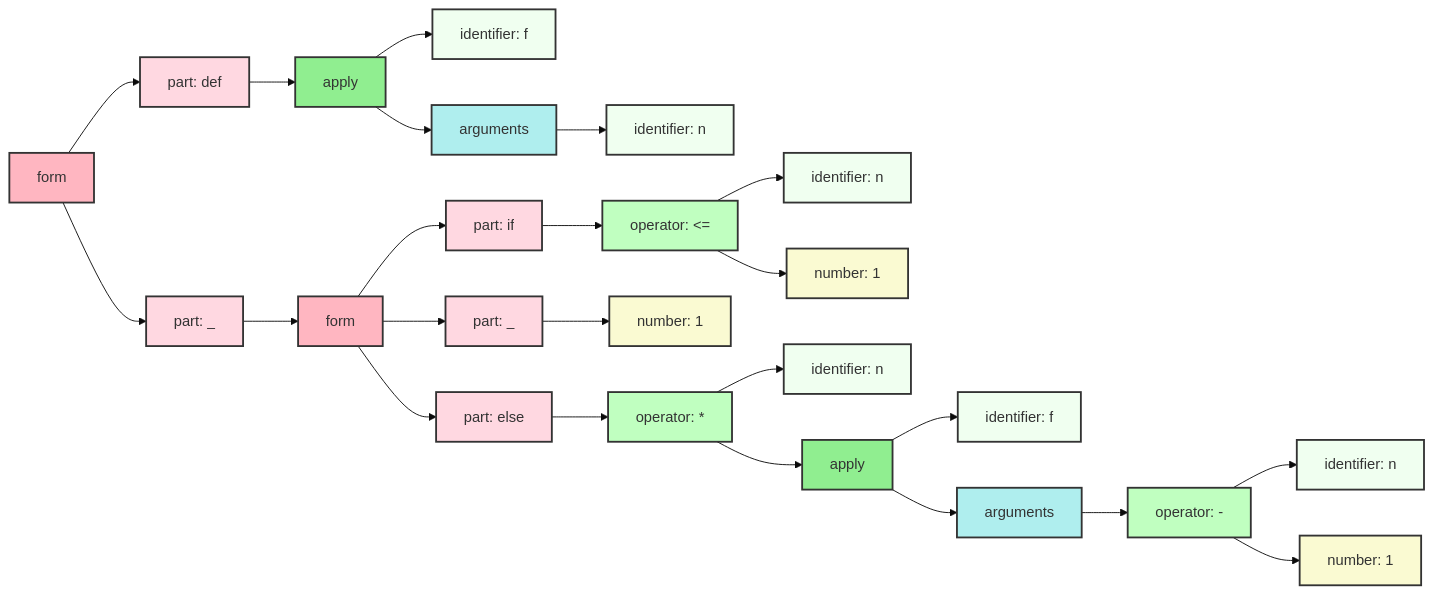
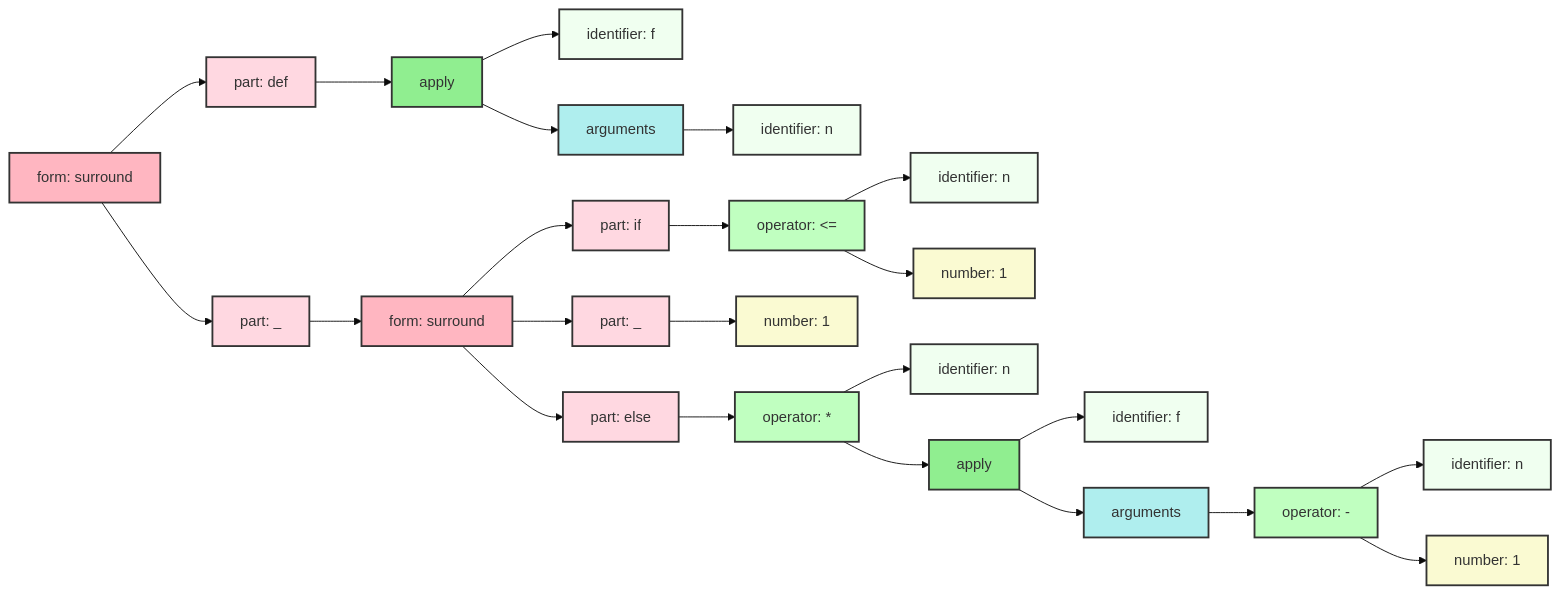
One commit to monogram-project/monogram-go changed the first of 2 diagrams in docs/factorial.md. Above: the diagram before and after it, drawn with Mermaid (base theme). The commit also changed other lines of this file and 15 other files, not shown here.

````diff
--- a/docs/factorial.md
+++ b/docs/factorial.md
@@ -21,57 +21,57 @@
 ```mermaid
 graph LR
-  130739599410496["form"]:::custom_form;
-  130739599410576["part: def"]:::custom_part;
-  130739599410496 --> 130739599410576;
-  130739599410656["apply"]:::custom_apply;
-  130739599410576 --> 130739599410656;
-  130739599410736["identifier: f"]:::custom_identifier;
-  130739599410656 --> 130739599410736;
-  130739599410816["arguments"]:::custom_arguments;
-  130739599410656 --> 130739599410816;
-  130739599410896["identifier: n"]:::custom_identifier;
-  130739599410816 --> 130739599410896;
-  130739599410976["part: _"]:::custom_part;
-  130739599410496 --> 130739599410976;
-  130739599411056["form"]:::custom_form;
-  130739599410976 --> 130739599411056;
-  130739599411136["part: if"]:::custom_part;
-  130739599411056 --> 130739599411136;
-  130739599411216["operator: <="]:::custom_operator;
-  130739599411136 --> 130739599411216;
-  130739599411296["identifier: n"]:::custom_identifier;
-  130739599411216 --> 130739599411296;
-  130739599411376["number: 1"]:::custom_number;
-  130739599411216 --> 130739599411376;
-  130739599411456["part: _"]:::custom_part;
-  130739599411056 --> 130739599411456;
-  130739599411536["number: 1"]:::custom_number;
-  130739599411456 --> 130739599411536;
-  130739599411616["part: else"]:::custom_part;
-  130739599411056 --> 130739599411616;
-  130739599411696["operator: *"]:::custom_operator;
-  130739599411616 --> 130739599411696;
-  130739599411776["identifier: n"]:::custom_identifier;
-  130739599411696 --> 130739599411776;
-  130739599411856["apply"]:::custom_apply;
-  130739599411696 --> 130739599411856;
-  130739599412016["identifier: f"]:::custom_identifier;
-  130739599411856 --> 130739599412016;
-  130739599412176["arguments"]:::custom_arguments;
-  130739599411856 --> 130739599412176;
-  130739599412336["operator: -"]:::custom_operator;
-  130739599412176 --> 130739599412336;
-  130739599412496["identifier: n"]:::custom_identifier;
-  130739599412336 --> 130739599412496;
-  130739599412656["number: 1"]:::custom_number;
-  130739599412336 --> 130739599412656;
+  130643014042944["form: surround"]:::custom_form;
+  130643014043024["part: def"]:::custom_part;
+  130643014042944 --> 130643014043024;
+  130643014043104["apply"]:::custom_apply;
+  130643014043024 --> 130643014043104;
+  130643014043184["identifier: f"]:::custom_identifier;
+  130643014043104 --> 130643014043184;
+  130643014043264["arguments"]:::custom_arguments;
+  130643014043104 --> 130643014043264;
+  130643014043344["identifier: n"]:::custom_identifier;
+  130643014043264 --> 130643014043344;
+  130643014043424["part: _"]:::custom_part;
+  130643014042944 --> 130643014043424;
+  130643014043504["form: surround"]:::custom_form;
+  130643014043424 --> 130643014043504;
+  130643014043584["part: if"]:::custom_part;
+  130643014043504 --> 130643014043584;
+  130643014043664["operator: <="]:::custom_operator;
+  130643014043584 --> 130643014043664;
+  130643014043744["identifier: n"]:::custom_identifier;
+  130643014043664 --> 130643014043744;
+  130643014043824["number: 1"]:::custom_number;
+  130643014043664 --> 130643014043824;
+  130643014043904["part: _"]:::custom_part;
+  130643014043504 --> 130643014043904;
+  130643014043984["number: 1"]:::custom_number;
+  130643014043904 --> 130643014043984;
+  130643014044064["part: else"]:::custom_part;
+  130643014043504 --> 130643014044064;
+  130643014044144["operator: *"]:::custom_operator;
+  130643014044064 --> 130643014044144;
+  130643014044224["identifier: n"]:::custom_identifier;
+  130643014044144 --> 130643014044224;
+  130643014044304["apply"]:::custom_apply;
+  130643014044144 --> 130643014044304;
+  130643014044384["identifier: f"]:::custom_identifier;
+  130643014044304 --> 130643014044384;
+  130643014044464["arguments"]:::custom_arguments;
+  130643014044304 --> 130643014044464;
+  130643014044544["operator: -"]:::custom_operator;
+  130643014044464 --> 130643014044544;
+  130643014044624["identifier: n"]:::custom_identifier;
+  130643014044544 --> 130643014044624;
+  130643014044704["number: 1"]:::custom_number;
+  130643014044544 --> 130643014044704;
 
 classDef custom_form fill:lightpink,stroke:#333,stroke-width:2px;
 classDef custom_part fill:#FFD8E1,stroke:#333,stroke-width:2px;
 classDef custom_apply fill:lightgreen,stroke:#333,stroke-width:2px;
 classDef custom_identifier fill:Honeydew,stroke:#333,stroke-width:2px;
 classDef custom_arguments fill:PaleTurquoise,stroke:#333,stroke-width:2px;
 classDef custom_operator fill:#C0FFC0,stroke:#333,stroke-width:2px;
 classDef custom_number fill:lightgoldenrodyellow,stroke:#333,stroke-width:2px;
 
 ```
````
